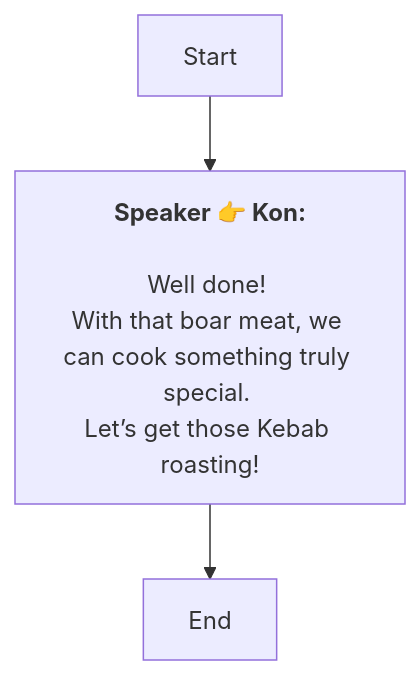
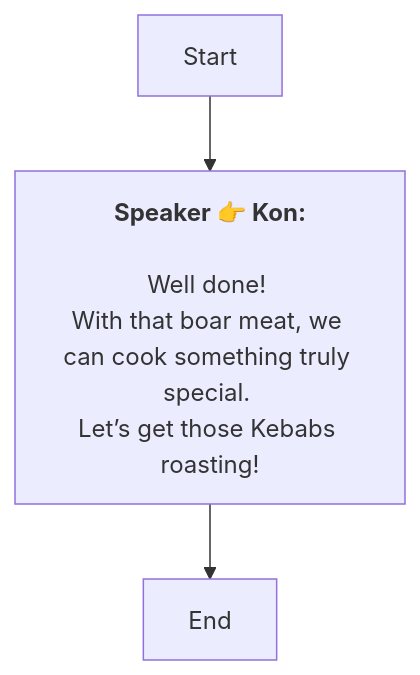
One commit to SoftHu/tos_avg changed the diagram in En/QuestStartTalkENode_1768893356509241.md. Above: the diagram before and after it, drawn with Mermaid. The commit also changed 312 other files, not shown here.

````diff
--- a/En/QuestStartTalkENode_1768893356509241.md
+++ b/En/QuestStartTalkENode_1768893356509241.md
@@ -1,10 +1,10 @@
 ```mermaid
 graph
 Start -->1768893382846524[<b>Speaker 👉 Kon:</b>
 
 Well done! 
 With that boar meat, we can cook something truly special. 
-Let’s get those Kebab roasting!]
+Let’s get those Kebabs roasting!]
 1768893382846524 -->1768893407701053[End]
 
  ```
````
